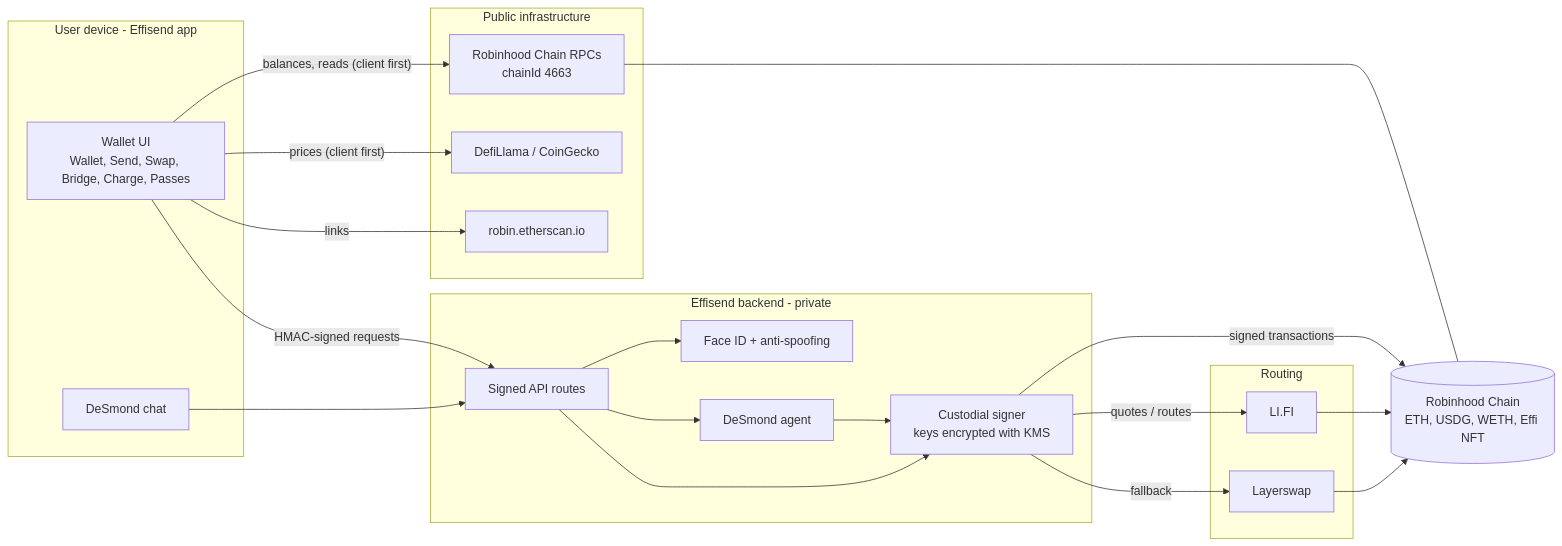
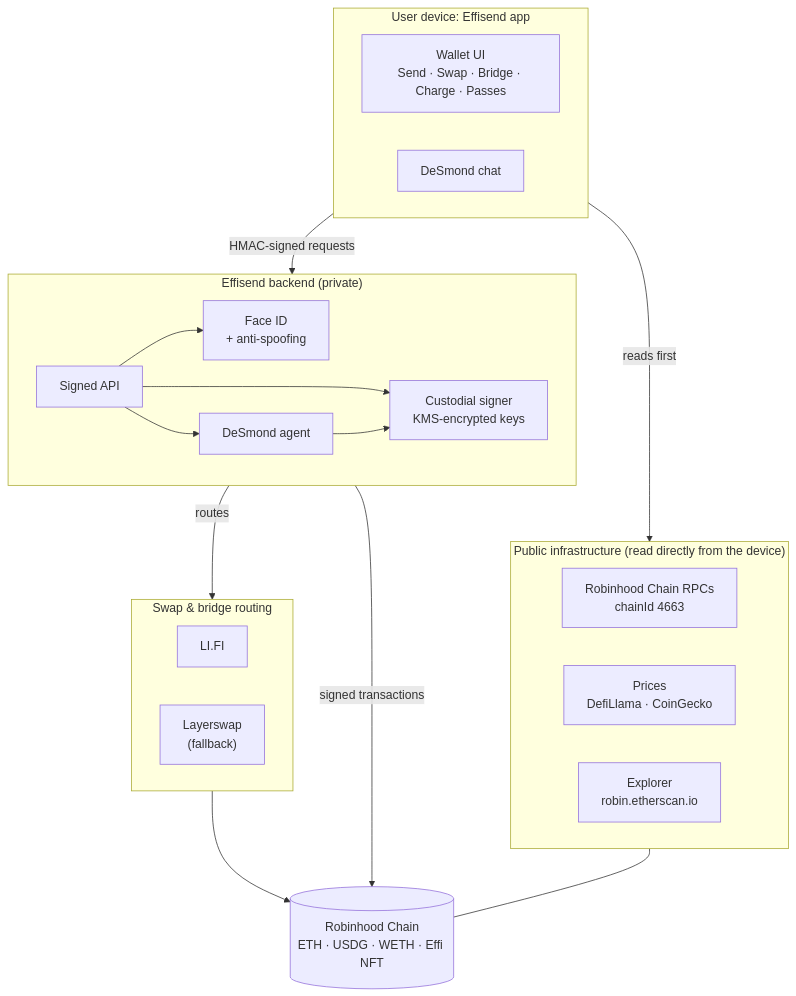
The first of 6 diagrams in README.md (altaga/Effisend-RH), drawn with Mermaid before and after one commit. The commit also changed other lines of this file and 9 other files, not shown here.

First line of the commit message:
Lighter screenshots (1620 px JPEG) and a top-down architecture diagram that fits GitHub's width

````diff
--- a/README.md
+++ b/README.md
@@ -94,39 +94,42 @@
 ```mermaid
-flowchart LR
-  subgraph Device["User device - Effisend app"]
-    UI["Wallet UI<br/>Wallet, Send, Swap, Bridge, Charge, Passes"]
+flowchart TB
+  subgraph Device["User device: Effisend app"]
+    direction LR
+    UI["Wallet UI<br/>Send · Swap · Bridge · Charge · Passes"]
     AG["DeSmond chat"]
   end
-  subgraph Public["Public infrastructure"]
+
+  subgraph Public["Public infrastructure (read directly from the device)"]
+    direction LR
     RPC["Robinhood Chain RPCs<br/>chainId 4663"]
-    PX["DefiLlama / CoinGecko"]
-    EXP["robin.etherscan.io"]
+    PX["Prices<br/>DefiLlama · CoinGecko"]
+    EXP["Explorer<br/>robin.etherscan.io"]
   end
-  subgraph Backend["Effisend backend - private"]
-    API["Signed API routes"]
-    CUS["Custodial signer<br/>keys encrypted with KMS"]
-    FACE["Face ID + anti-spoofing"]
+
+  subgraph Backend["Effisend backend (private)"]
+    direction LR
+    API["Signed API"]
+    FACE["Face ID<br/>+ anti-spoofing"]
     DES["DeSmond agent"]
+    CUS["Custodial signer<br/>KMS-encrypted keys"]
   end
-  subgraph Routing["Routing"]
+
+  subgraph Routing["Swap & bridge routing"]
+    direction LR
     LIFI["LI.FI"]
-    LS["Layerswap"]
+    LS["Layerswap<br/>(fallback)"]
   end
-  RH[("Robinhood Chain<br/>ETH, USDG, WETH, Effi NFT")]
 
-  UI -- "balances, reads (client first)" --> RPC
-  UI -- "prices (client first)" --> PX
-  UI -- "links" --> EXP
-  UI -- "HMAC-signed requests" --> API
-  AG --> API
+  RH[("Robinhood Chain<br/>ETH · USDG · WETH · Effi NFT")]
+
+  Device -- "reads first" --> Public
+  Device -- "HMAC-signed requests" --> API
   API --> FACE
   API --> DES
   API --> CUS
   DES --> CUS
   CUS -- "signed transactions" --> RH
-  CUS -- "quotes / routes" --> LIFI
-  CUS -- "fallback" --> LS
-  LIFI --> RH
-  LS --> RH
+  CUS -- "routes" --> Routing
+  Routing --> RH
   RPC --- RH
 ```
````
